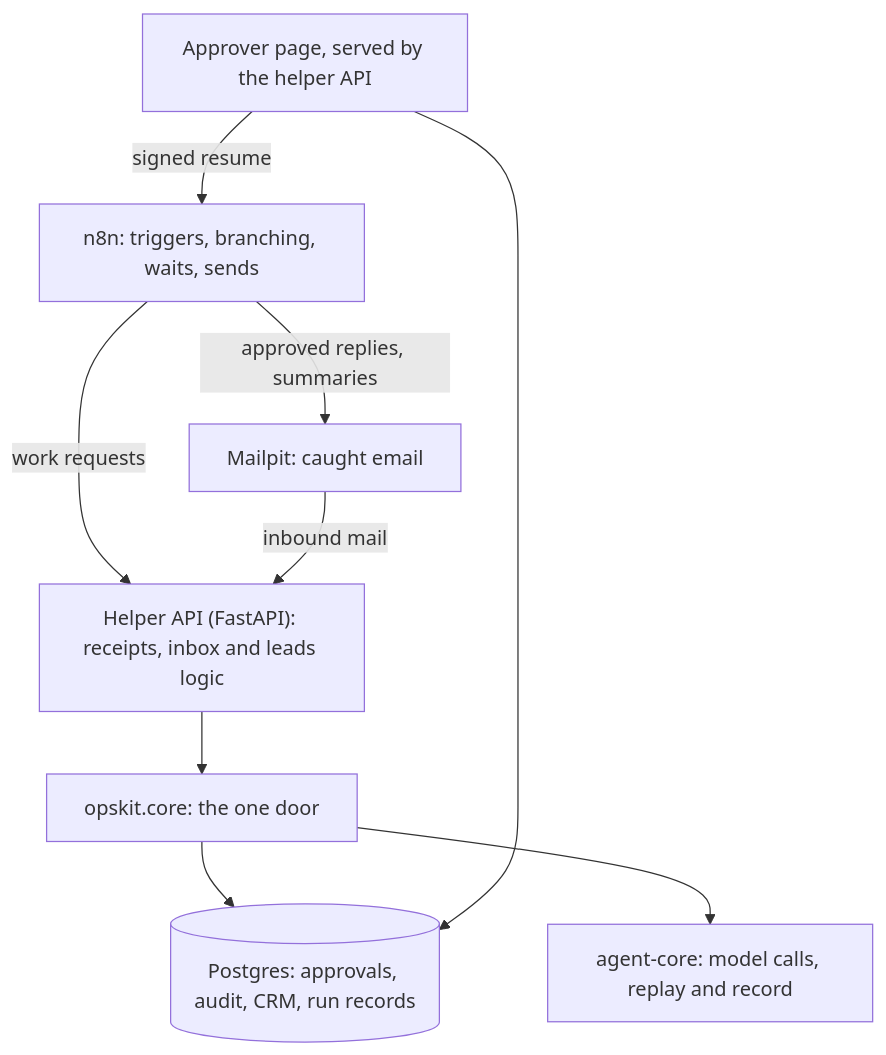
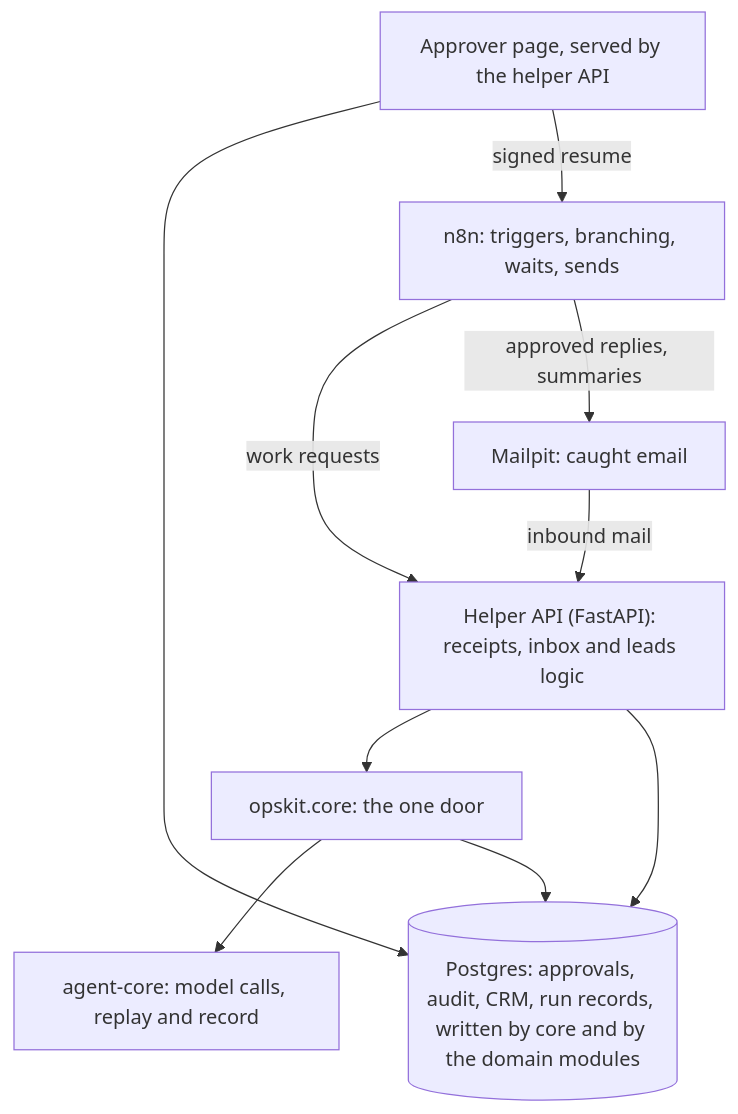
Before and after one commit to AOX-LLC/ops-automation-kit: the diagram in docs/case-study.md, drawn with Mermaid. The commit also changed other lines of this file, not shown here.

````diff
--- a/docs/case-study.md
+++ b/docs/case-study.md
@@ -17,19 +17,20 @@
 ```mermaid
 flowchart TD
     N8N["n8n: triggers, branching, waits, sends"]
     API["Helper API (FastAPI): receipts, inbox and leads logic"]
     APPR["Approver page, served by the helper API"]
     CORE["opskit.core: the one door"]
     AC["agent-core: model calls, replay and record"]
-    PG[("Postgres: approvals, audit, CRM, run records")]
+    PG[("Postgres: approvals, audit, CRM, run records, written by core and by the domain modules")]
     MP["Mailpit: caught email"]
 
     N8N -->|"work requests"| API
     API --> CORE
     CORE --> AC
     CORE --> PG
+    API --> PG
     APPR --> PG
     APPR -->|"signed resume"| N8N
     N8N -->|"approved replies, summaries"| MP
     MP -->|"inbound mail"| API
 ```
````
